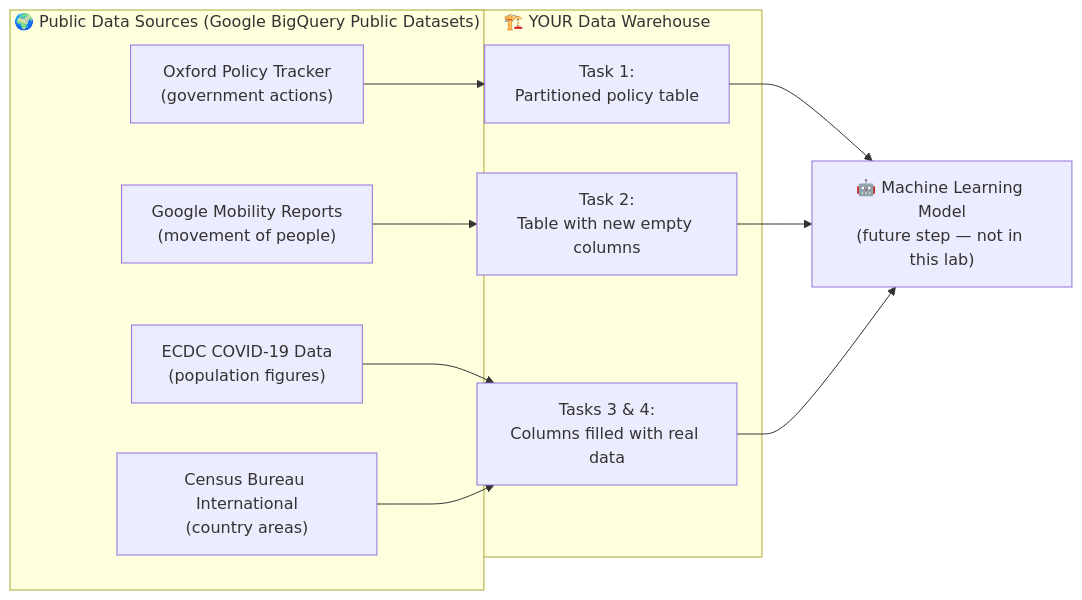
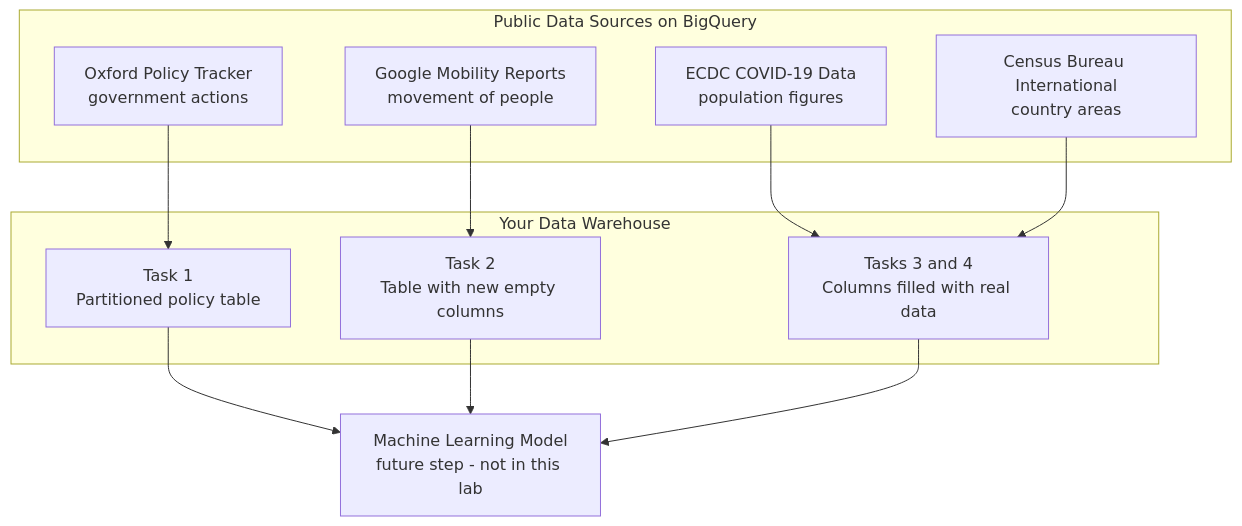
One commit to swapnilukeyie/Gclouud-Cloud-Engineer-Cert- changed the first of 6 diagrams in Week 1 - Build a Data Warehouse with BigQuery/GSP340 - Challenge Lab/README.md. Above: the diagram before and after it, drawn with Mermaid. The commit also changed other lines of this file, not shown here.

Commit message:
Week 1: Build a Data Warehouse with BigQuery (GSP340)

````diff
--- a/Week 1 - Build a Data Warehouse with BigQuery/GSP340 - Challenge Lab/README.md
+++ b/Week 1 - Build a Data Warehouse with BigQuery/GSP340 - Challenge Lab/README.md
@@ -35,25 +35,25 @@
 ```mermaid
-flowchart LR
-    subgraph SOURCES["🌍 Public Data Sources (Google BigQuery Public Datasets)"]
-        A["Oxford Policy Tracker<br/>(government actions)"]
-        B["ECDC COVID-19 Data<br/>(population figures)"]
-        C["Census Bureau International<br/>(country areas)"]
-        D["Google Mobility Reports<br/>(movement of people)"]
+flowchart TD
+    subgraph SOURCES["Public Data Sources on BigQuery"]
+        A["Oxford Policy Tracker<br/>government actions"]
+        B["ECDC COVID-19 Data<br/>population figures"]
+        C["Census Bureau International<br/>country areas"]
+        D["Google Mobility Reports<br/>movement of people"]
     end
 
-    subgraph WAREHOUSE["🏗️ YOUR Data Warehouse"]
-        E["Task 1:<br/>Partitioned policy table"]
-        F["Task 2:<br/>Table with new empty columns"]
-        G["Tasks 3 & 4:<br/>Columns filled with real data"]
+    subgraph WAREHOUSE["Your Data Warehouse"]
+        E["Task 1<br/>Partitioned policy table"]
+        F["Task 2<br/>Table with new empty columns"]
+        G["Tasks 3 and 4<br/>Columns filled with real data"]
     end
 
-    H["🤖 Machine Learning Model<br/>(future step — not in this lab)"]
+    H["Machine Learning Model<br/>future step - not in this lab"]
 
     A --> E
     D --> F
     B --> G
     C --> G
     E --> H
     F --> H
     G --> H
 ```
````
